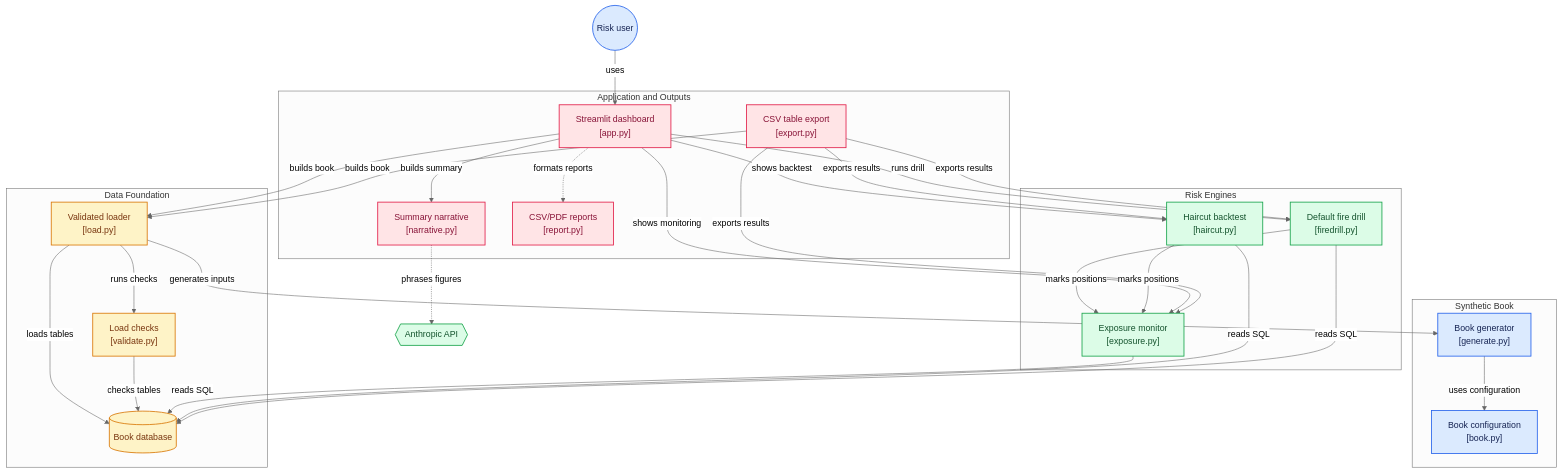
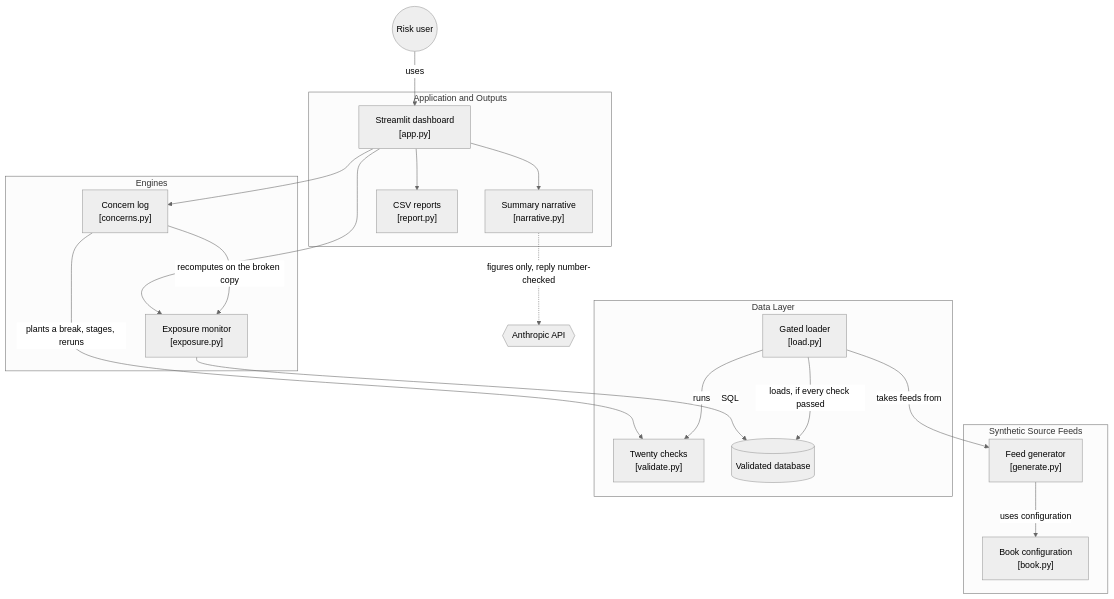
Before and after one commit to nmadagi/counterparty-data-lab: the diagram in README.md, drawn with Mermaid (neutral theme). The commit also changed other lines of this file and 21 other files, not shown here.

First line of the commit message:
second cut: data controls, concern log, exposure monitor

````diff
--- a/README.md
+++ b/README.md
@@ -40,62 +69,42 @@
 ```mermaid
 flowchart TD
 
-subgraph group_book["Synthetic Book"]
+subgraph group_source["Synthetic Source Feeds"]
   node_book_config["Book configuration<br/>[book.py]"]
-  node_generator["Book generator<br/>[generate.py]"]
+  node_generator["Feed generator<br/>[generate.py]"]
 end
 
-subgraph group_foundation["Data Foundation"]
-  node_loader["Validated loader<br/>[load.py]"]
-  node_validator["Load checks<br/>[validate.py]"]
-  node_duckdb[("Book database")]
+subgraph group_foundation["Data Layer"]
+  node_loader["Gated loader<br/>[load.py]"]
+  node_validator["Twenty checks<br/>[validate.py]"]
+  node_duckdb[("Validated database")]
 end
 
-subgraph group_engines["Risk Engines"]
+subgraph group_engines["Engines"]
   node_exposure["Exposure monitor<br/>[exposure.py]"]
-  node_haircut["Haircut backtest<br/>[haircut.py]"]
-  node_firedrill["Default fire drill<br/>[firedrill.py]"]
+  node_concerns["Concern log<br/>[concerns.py]"]
 end
 
 subgraph group_outputs["Application and Outputs"]
   node_app["Streamlit dashboard<br/>[app.py]"]
   node_narrative["Summary narrative<br/>[narrative.py]"]
-  node_report["CSV/PDF reports<br/>[report.py]"]
-  node_export["CSV table export<br/>[export.py]"]
+  node_report["CSV reports<br/>[report.py]"]
 end
 
 node_user(("Risk user"))
 node_llm{{"Anthropic API"}}
 
 node_user -->|"uses"| node_app
-node_loader -->|"generates inputs"| node_generator
-node_loader -->|"runs checks"| node_validator
 node_generator -->|"uses configuration"| node_book_config
-node_loader -->|"loads tables"| node_duckdb
-node_validator -->|"checks tables"| node_duckdb
-node_exposure -->|"reads SQL"| node_duckdb
-node_haircut -->|"reads SQL"| node_duckdb
-node_firedrill -->|"reads SQL"| node_duckdb
-node_firedrill -->|"marks positions"| node_exposure
-node_haircut -->|"marks positions"| node_exposure
-node_app -->|"builds book"| node_loader
-node_app -->|"shows monitoring"| node_exposure
-node_app -->|"shows backtest"| node_haircut
-node_app -->|"runs drill"| node_firedrill
-node_app -->|"builds summary"| node_narrative
-node_narrative -.->|"phrases figures"| node_llm
-node_app -.->|"formats reports"| node_report
-node_export -->|"builds book"| node_loader
-node_export -->|"exports results"| node_exposure
-node_export -->|"exports results"| node_haircut
-node_export -->|"exports results"| node_firedrill
-
-classDef toneBlue fill:#dbeafe,stroke:#2563eb,stroke-width:1.5px,color:#172554
-classDef toneAmber fill:#fef3c7,stroke:#d97706,stroke-width:1.5px,color:#78350f
-classDef toneMint fill:#dcfce7,stroke:#16a34a,stroke-width:1.5px,color:#14532d
-classDef toneRose fill:#ffe4e6,stroke:#e11d48,stroke-width:1.5px,color:#881337
-class node_book_config,node_generator,node_user toneBlue
-class node_loader,node_validator,node_duckdb toneAmber
-class node_exposure,node_haircut,node_firedrill,node_llm toneMint
-class node_app,node_narrative,node_report,node_export toneRose
+node_loader -->|"takes feeds from"| node_generator
+node_loader -->|"runs"| node_validator
+node_loader -->|"loads, if every check passed"| node_duckdb
+node_concerns -->|"plants a break, stages, reruns"| node_validator
+node_exposure -->|"SQL"| node_duckdb
+node_concerns -->|"recomputes on the broken copy"| node_exposure
+node_app --> node_exposure
+node_app --> node_concerns
+node_app --> node_narrative
+node_app --> node_report
+node_narrative -.->|"figures only, reply number-checked"| node_llm
 ```
````
